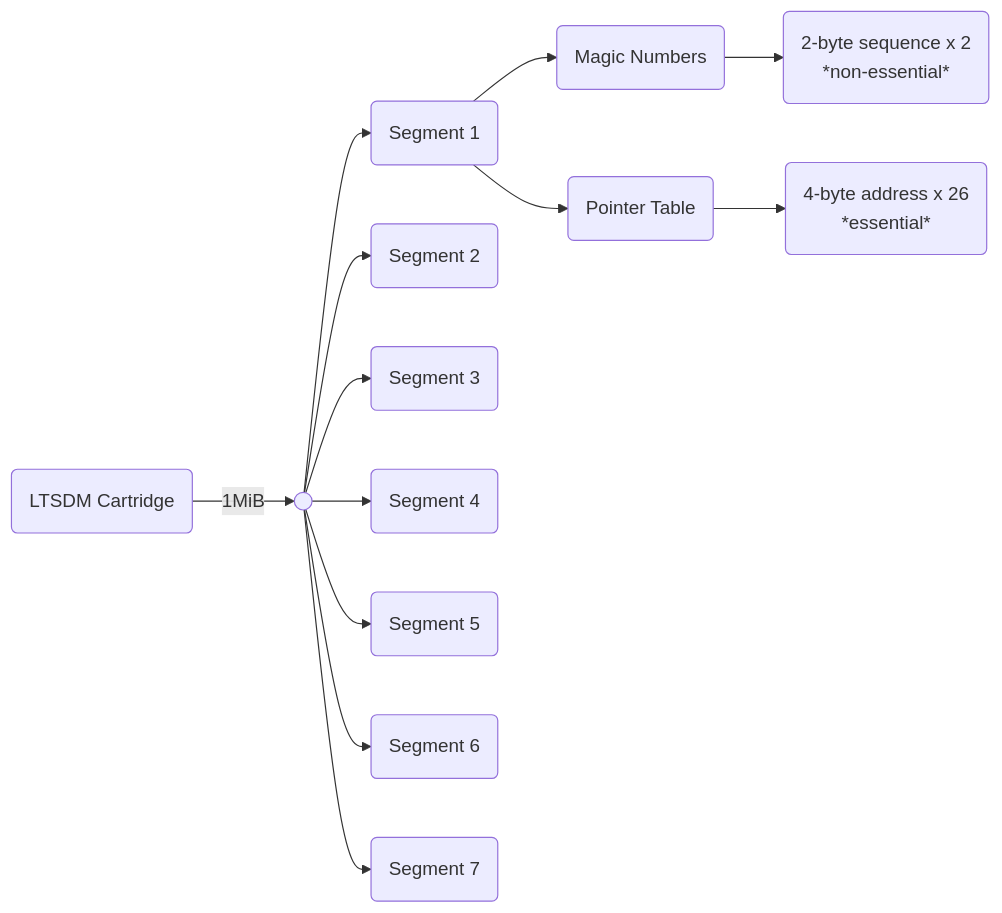
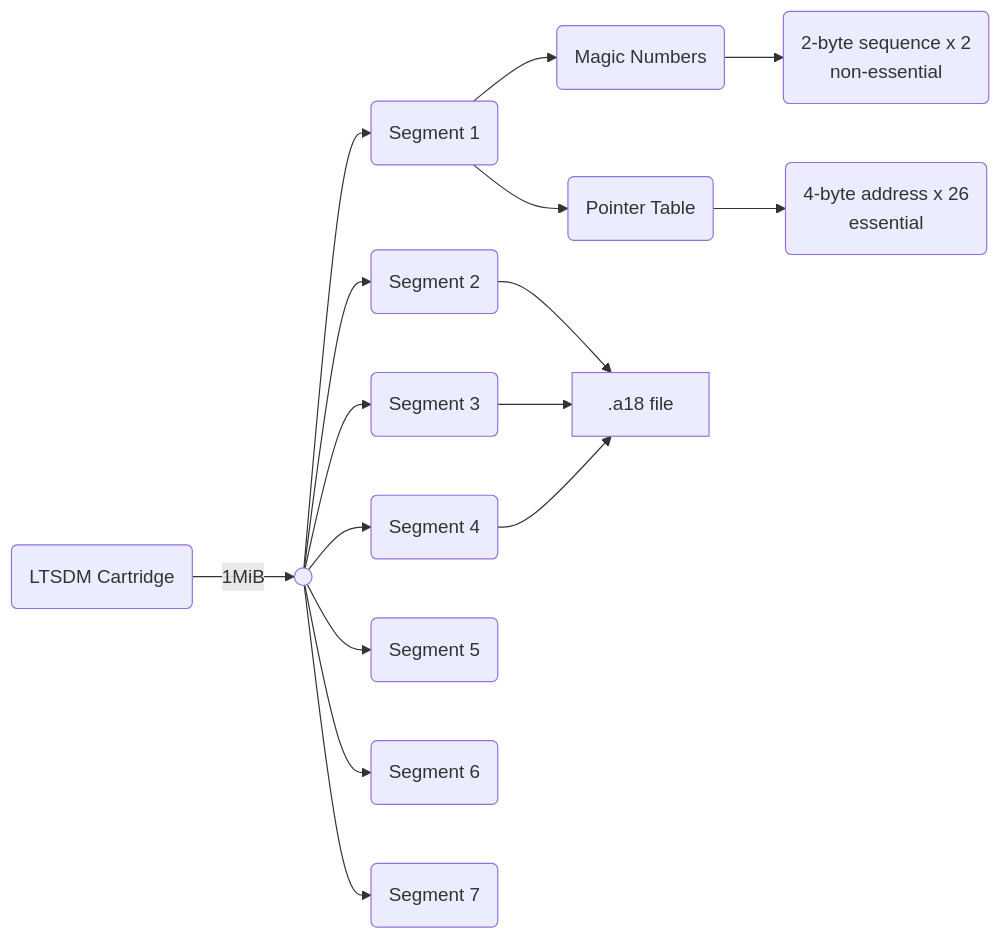
One commit to mtkimmins/LTSDM_hack changed the diagram in docs.md. Above: the diagram before and after it, drawn with Mermaid.

````diff
--- a/docs.md
+++ b/docs.md
@@ -7,15 +7,16 @@
 ```mermaid
 graph LR
 	i1(LTSDM Cartridge)-->|1MiB| A(( ))
 	A-->B(Segment 1)
 	A-->C(Segment 2)
 	A-->D(Segment 3)
 	A-->E(Segment 4)
 	A-->F(Segment 5)
 	A-->G(Segment 6)
 	A-->H(Segment 7)
 	B-->BA(Magic Numbers)
 	B-->BB(Pointer Table)
-	BA-->BAA(2-byte sequence x 2 <br> *non-essential*)
-	BB-->BBA(4-byte address x 26 <br> *essential*)
+	BA-->BAA(2-byte sequence x 2 <br> non-essential)
+	BB-->BBA(4-byte address x 26 <br> essential)
+	C & D & E --> R0[.a18 file]
 ```
````
